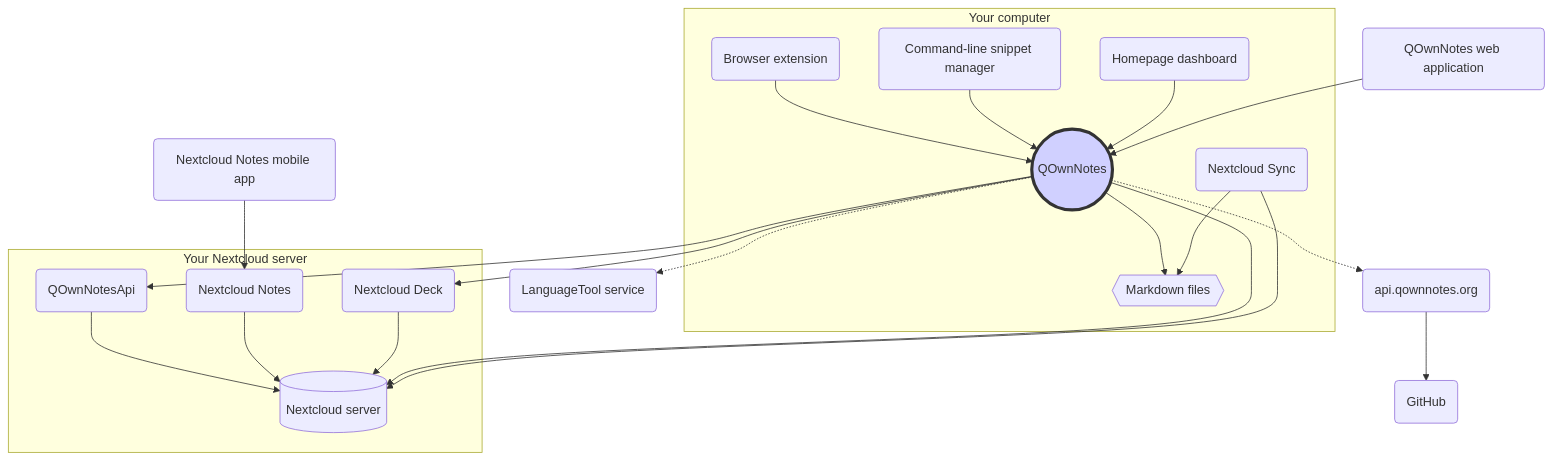
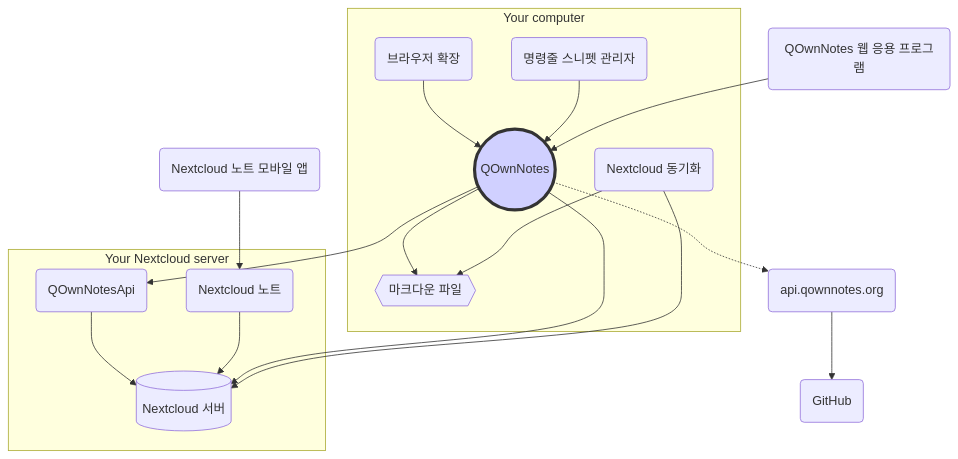
The diagram in webpage/src/ko/getting-started/concept.md (dwongdev/QOwnNotes), drawn with Mermaid before and after one commit. The commit also changed other lines of this file and 139 other files, not shown here.

````diff
--- a/webpage/src/ko/getting-started/concept.md
+++ b/webpage/src/ko/getting-started/concept.md
@@ -13,41 +13,34 @@
 ```mermaid
 graph TB
     subgraph Your computer
-        qon((QOwnNotes))-->md{{"Markdown files"}}
-        sync("Nextcloud Sync")-->md
-        qon-comp("Browser extension")-->qon
-        qc("Command-line snippet manager")-->qon
-        homepage("Homepage dashboard")-->qon
+        qon((QOwnNotes))-->md{{"마크다운 파일"}}
+        sync("Nextcloud 동기화")-->md
+        qon-comp("브라우저 확장")-->qon
+        qc("명령줄 스니펫 관리자")-->qon
     end
     subgraph Your Nextcloud server
-        qon-api("QOwnNotesApi")-->ncs[("Nextcloud server")]
-        nc-notes-app("Nextcloud Notes")-->ncs
-        nc-deck-app("Nextcloud Deck")-->ncs
+        qon-api("QOwnNotesApi")-->ncs[("Nextcloud 서버")]
+        nc-notes-app("Nextcloud 노트")-->ncs
     end
 
-    nc-notes-mob("Nextcloud Notes mobile app")-->nc-notes-app
-    qon-web-app("QOwnNotes web application")-->qon
+    nc-notes-mob("Nextcloud 노트 모바일 앱")-->nc-notes-app
+    qon-web-app("QOwnNotes 웹 응용 프로그램")-->qon
     qon-->qon-api
     qon-->ncs
-    qon-->nc-deck-app
     sync-->ncs
-    qon-.->lt("LanguageTool service")
     qon-.->qon-web-api("api.qownnotes.org")
     qon-web-api-->github("GitHub")
 
     style qon fill:#d0d0ff,stroke:#333,stroke-width:4px
-    click qon "/getting-started/concept.html#qownnotes" "QOwnNotes Desktop Application for managing your notes on your desktop computer"
-    click md "/getting-started/concept.html#markdown-note-files" "Markdown, media and attachment files in your note folder"
-    click qon-comp "/getting-started/concept.html#qownnotes-browser-extension" "QOwnNotes browser extension for managing bookmarks in markdown files and as web clipper"
-    click qc "/getting-started/concept.html#qownnotes-command-line-snippet-manager" "QOwnNotes command-line snippet manager"
-    click homepage "/getting-started/concept.html#homepage-dashboard" "Homepage dashboard using QOwnNotes bookmark suggestions"
-    click sync "/getting-started/concept.html#nextcloud-desktop-sync-client" "Nextcloud desktop sync client to sync your notes to your server"
+    click qon "/getting-started/concept.html#qownnotes" "데스크톱 컴퓨터에서 노트를 관리하기 위한 QOwnNotes 데스크톱 응용 프로그램"
+    click md "/getting-started/concept.html#markdown-note-files" "노트 폴더의 마크다운, 미디어 및 첨부 파일"
+    click qon-comp "/getting-started/concept.html#qownnotes-browser-extension" "마크다운 파일 및 웹 클리퍼로 책갈피를 관리하기 위한 QOwnNotes 브라우저 확장명"
+    click qc "/getting-started/concept.html#qownnotes-command-line-snippet-manager" "QOwnNotes 명령줄 스니펫 관리자"
+    click sync "/getting-started/concept.html#nextcloud-desktop-sync-client" "노트를 서버와 동기화하는 Nextcloud 데스크톱 동기화 클라이언트"
     click ncs "/getting-started/concept.html#nextcloud-server" "Nextcloud server to host your notes and other files"
-    click qon-api "/getting-started/concept.html#qownnotesapi-nextcloud-app" "QOwnNotesAPI Nextcloud app to access your server-side trash and note versions"
-    click nc-notes-app "/getting-started/concept.html#nextcloud-notes-server-app" "Nextcloud Notes server app to manage your notes in the web"
-    click nc-notes-mob "/getting-started/concept.html#nextcloud-notes-mobile-app" "Nextcloud Notes mobile app to manage your notes on your mobile phone"
-    click nc-deck-app "/getting-started/concept.html#nextcloud-deck-server-app" "Nextcloud Deck server app to manage reminders and todo lists in the web"
-    click qon-web-app "/getting-started/concept.html#qownnotes-web-app" "QOwnNotes Web App to send photos from your mobile phone"
-    click lt "/editor/languagetool.html" "Optional LanguageTool server for grammar and style checking"
+    click qon-api "/getting-started/concept.html#qownnotesapi-nextcloud-app" "서버 측 휴지통 및 노트 버전에 액세스하는 QOwnNotesAPI Nextcloud 앱"
+    click nc-notes-app "/getting-started/concept.html#nextcloud-notes-server-app" "웹에서 노트를 관리하는 Nextcloud 노트 서버 앱"
+    click nc-notes-mob "/getting-started/concept.html#nextcloud-notes-mobile-app" "휴대 전화에서 노트를 관리하는 Nextcloud 노트 모바일 앱"
+    click qon-web-app "/getting-started/concept.html#qownnotes-web-app" "휴대폰에서 사진을 보내는 QOwnNotes 웹 앱"
     click qon-web-api "/getting-started/concept.html#api-qownnotes-org"
 ```
````
